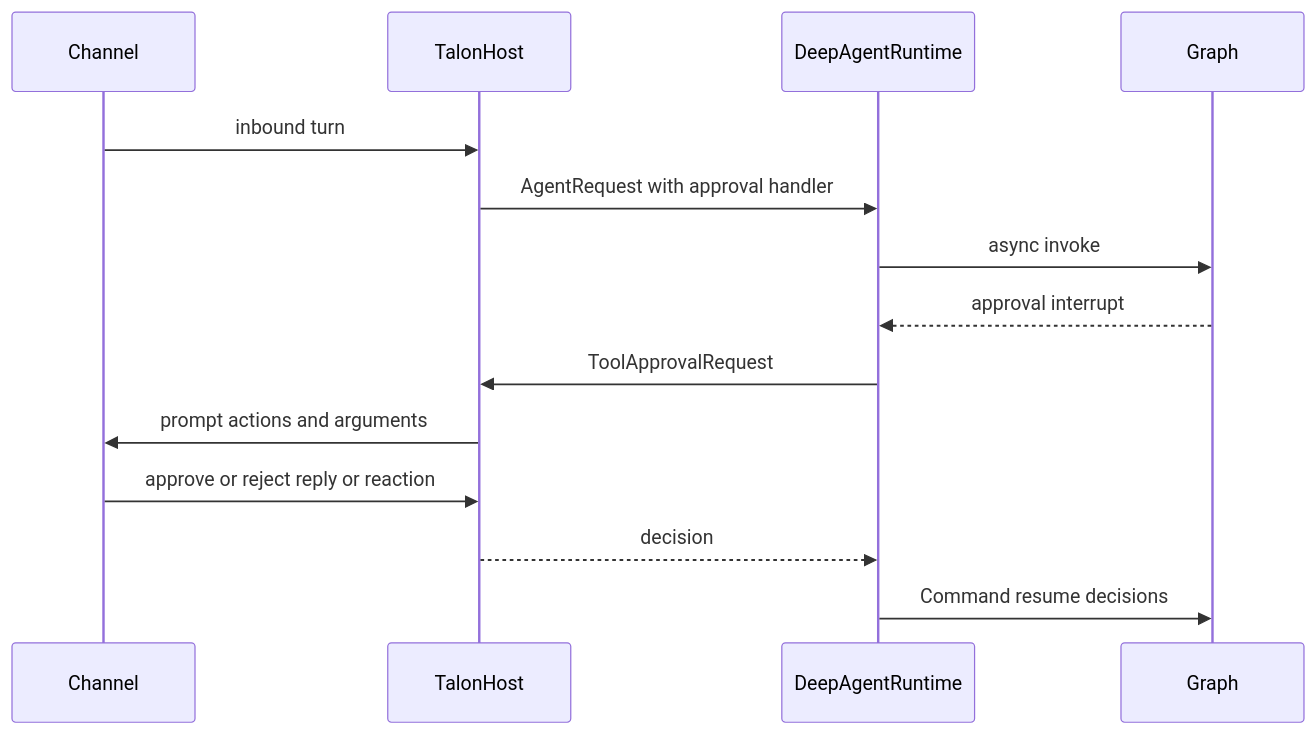
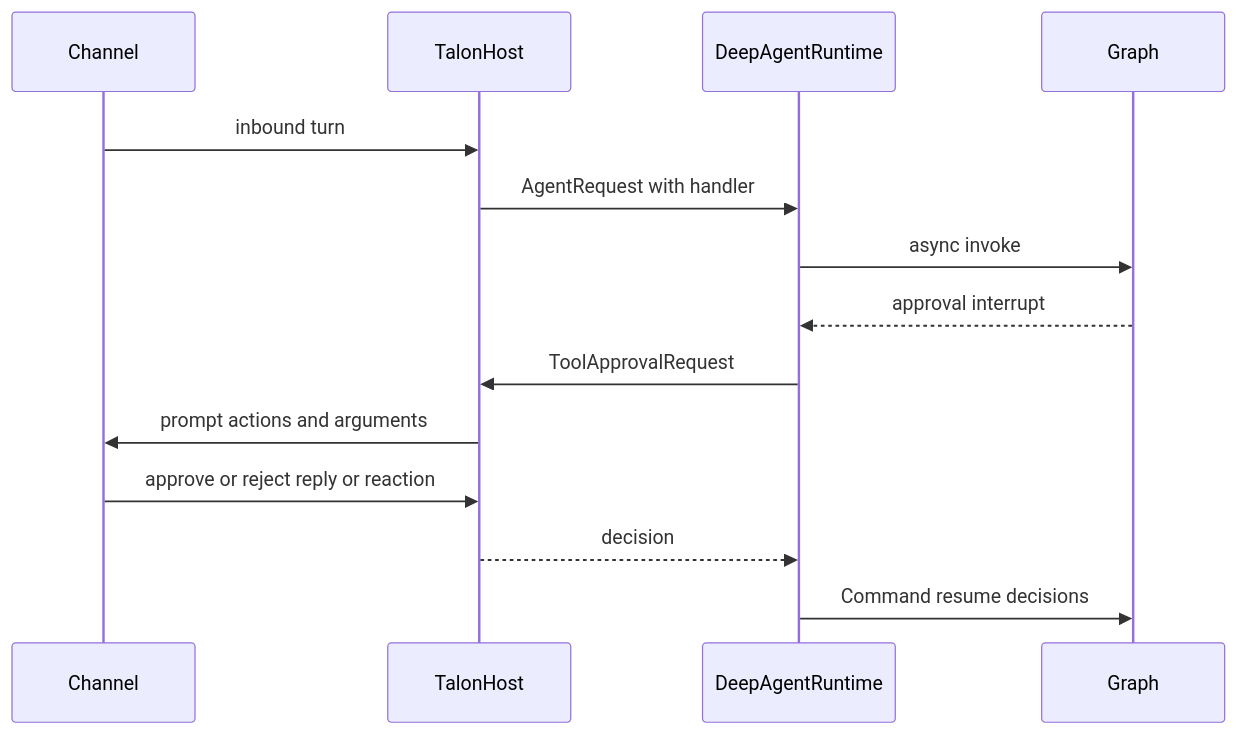
One commit to langchain-ai/deepagents changed the second of 2 diagrams in openwiki/concepts/permissions-hitl.md. Above: the diagram before and after it, drawn with Mermaid. The commit also changed other lines of this file and 39 other files, not shown here.

````diff
--- a/openwiki/concepts/permissions-hitl.md
+++ b/openwiki/concepts/permissions-hitl.md
@@ -123,16 +129,16 @@
 ```mermaid
 sequenceDiagram
     participant Channel
     participant Host as TalonHost
     participant Runtime as DeepAgentRuntime
     participant Graph
     Channel->>Host: inbound turn
-    Host->>Runtime: AgentRequest with approval handler
+    Host->>Runtime: AgentRequest with handler
     Runtime->>Graph: async invoke
     Graph-->>Runtime: approval interrupt
     Runtime->>Host: ToolApprovalRequest
     Host->>Channel: prompt actions and arguments
     Channel->>Host: approve or reject reply or reaction
     Host-->>Runtime: decision
     Runtime->>Graph: Command resume decisions
 ```
````
